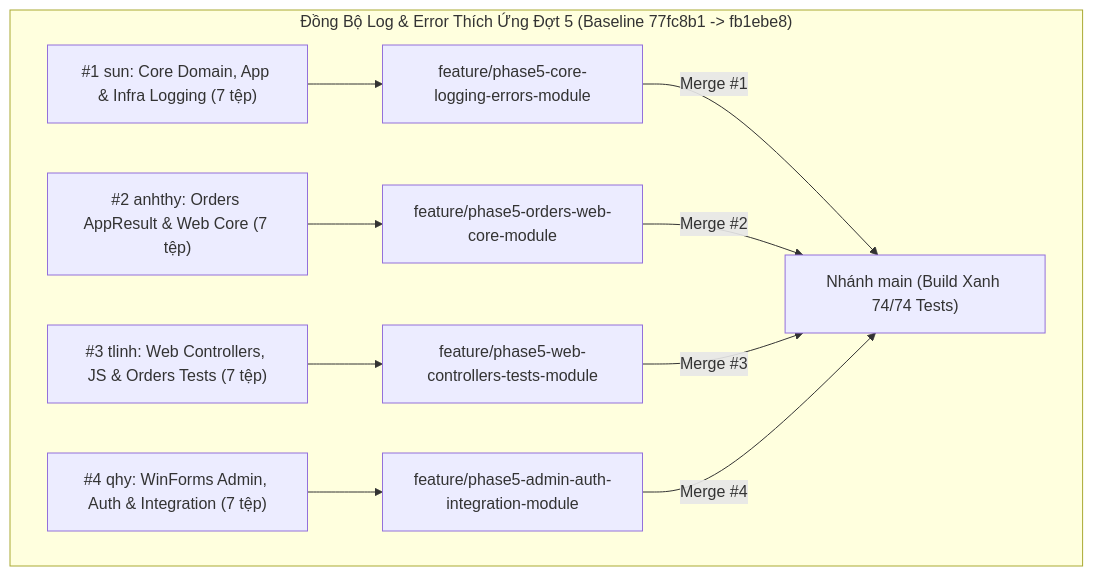
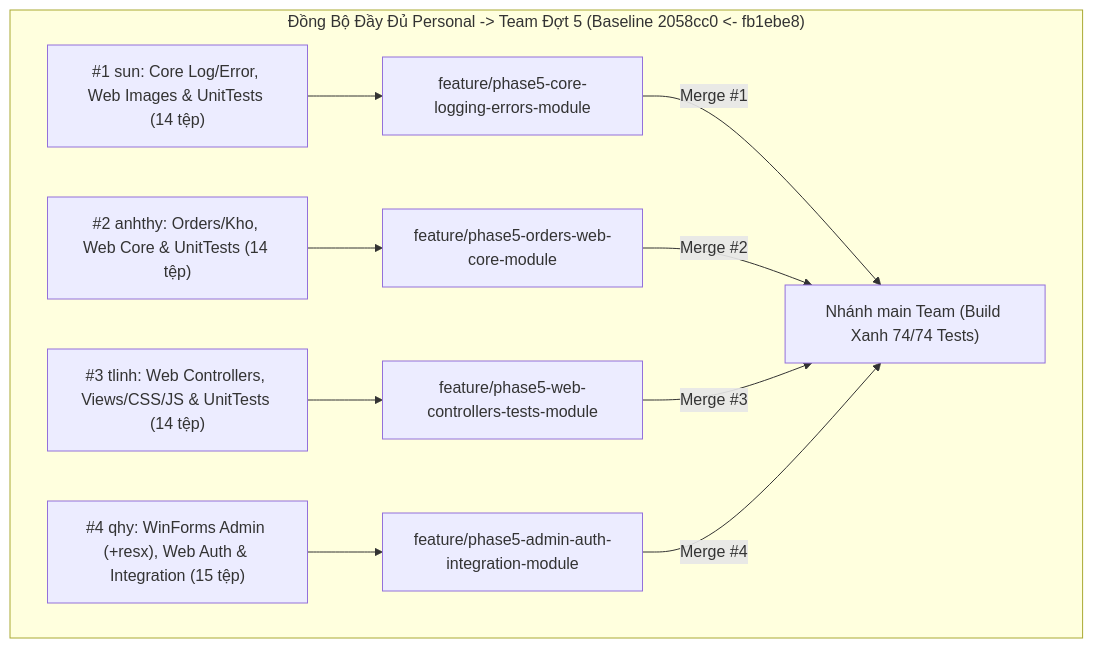
The first of 2 diagrams in scheduleCommit.md (sunsun0209s/Blink_Blink_Jewelry_Personal), drawn with Mermaid before and after one commit. The commit also changed other lines of this file, not shown here.

Commit message:
docs(schedule): bo sung file thieu giua personal va team vao ke hoach dot 5

````diff
--- a/scheduleCommit.md
+++ b/scheduleCommit.md
@@ -130,13 +133,13 @@
 ```mermaid
 flowchart TD
-    subgraph Phase5Run["Đồng Bộ Log & Error Thích Ứng Đợt 5 (Baseline 77fc8b1 -> fb1ebe8)"]
-        A["#1 sun: Core Domain, App & Infra Logging (7 tệp)"] --> A_branch["feature/phase5-core-logging-errors-module"]
-        B["#2 anhthy: Orders AppResult & Web Core (7 tệp)"] --> B_branch["feature/phase5-orders-web-core-module"]
-        C["#3 tlinh: Web Controllers, JS & Orders Tests (7 tệp)"] --> C_branch["feature/phase5-web-controllers-tests-module"]
-        D["#4 qhy: WinForms Admin, Auth & Integration (7 tệp)"] --> D_branch["feature/phase5-admin-auth-integration-module"]
-        A_branch -->|Merge #1| MAIN["Nhánh main (Build Xanh 74/74 Tests)"]
+    subgraph Phase5Run["Đồng Bộ Đầy Đủ Personal -> Team Đợt 5 (Baseline 2058cc0 <- fb1ebe8)"]
+        A["#1 sun: Core Log/Error, Web Images & UnitTests (14 tệp)"] --> A_branch["feature/phase5-core-logging-errors-module"]
+        B["#2 anhthy: Orders/Kho, Web Core & UnitTests (14 tệp)"] --> B_branch["feature/phase5-orders-web-core-module"]
+        C["#3 tlinh: Web Controllers, Views/CSS/JS & UnitTests (14 tệp)"] --> C_branch["feature/phase5-web-controllers-tests-module"]
+        D["#4 qhy: WinForms Admin (+resx), Web Auth & Integration (15 tệp)"] --> D_branch["feature/phase5-admin-auth-integration-module"]
+        A_branch -->|Merge #1| MAIN["Nhánh main Team (Build Xanh 74/74 Tests)"]
         B_branch -->|Merge #2| MAIN
         C_branch -->|Merge #3| MAIN
         D_branch -->|Merge #4| MAIN
     end
 ```
````
